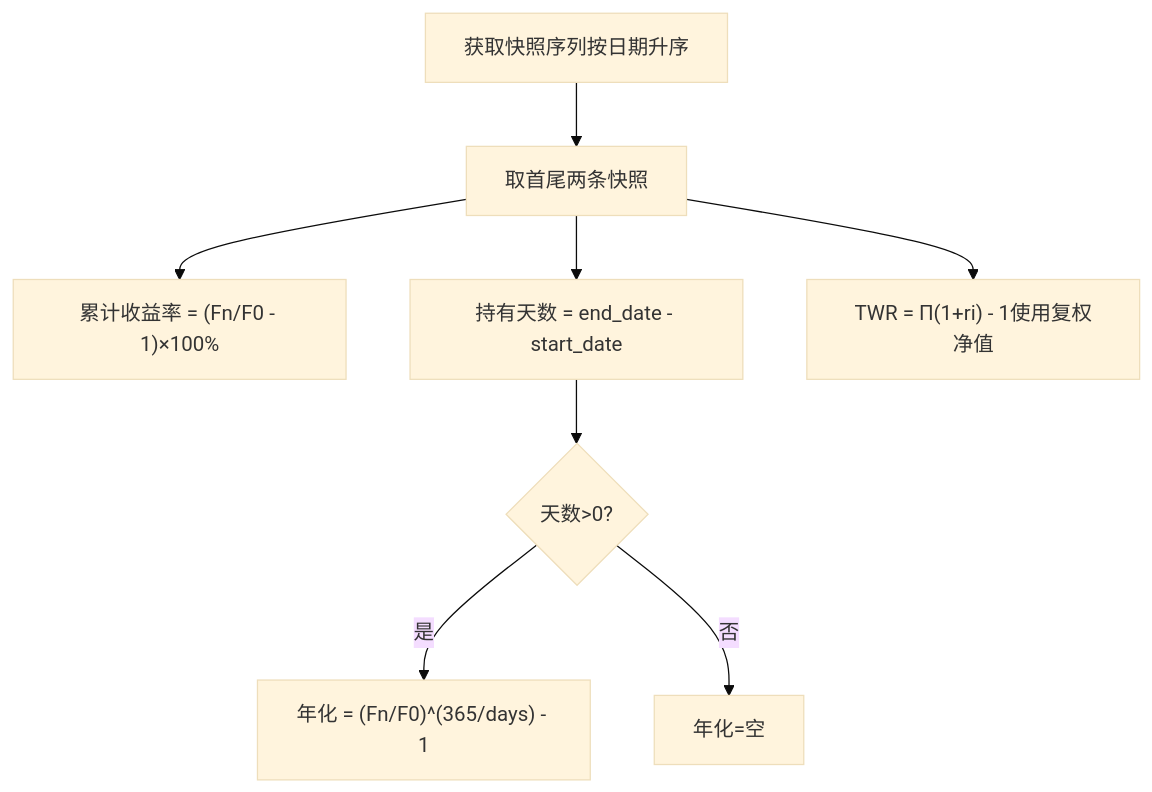
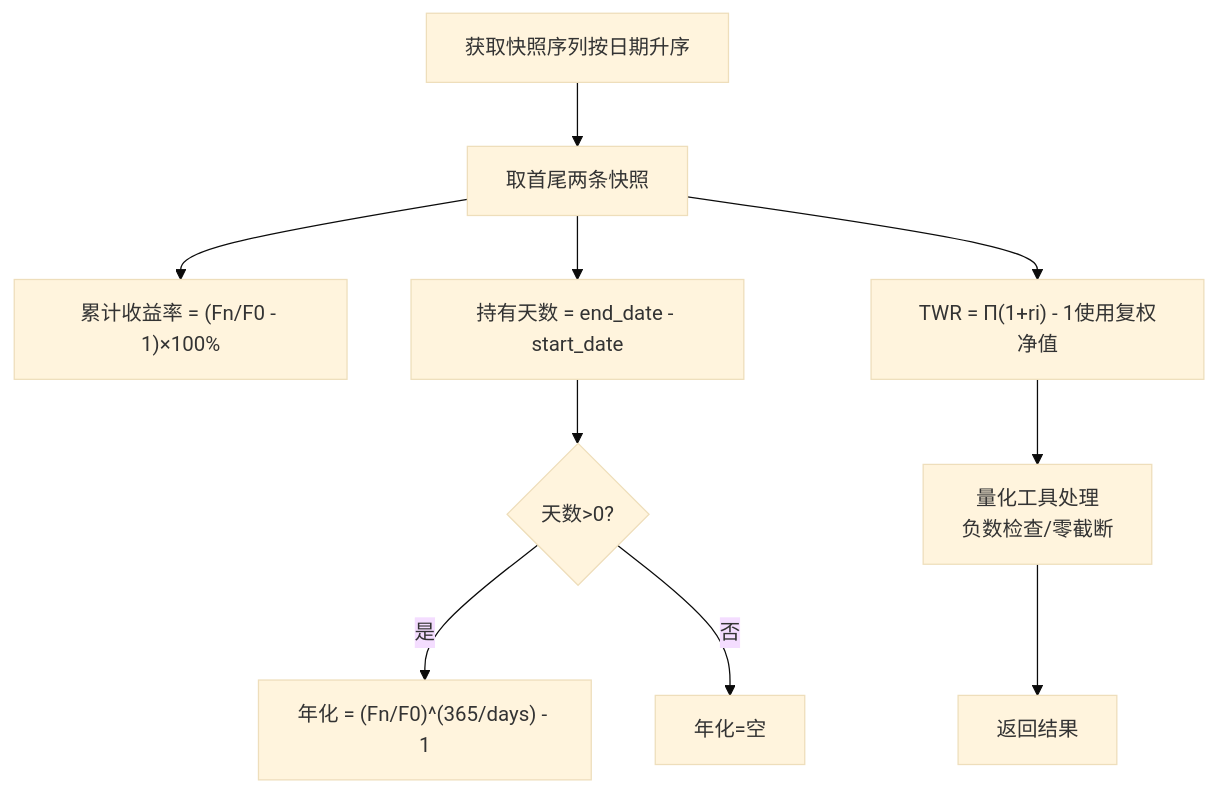
Before and after one commit to gujialind/InvestRing: the fourth of 9 diagrams in .qoder/repowiki/zh/content/数据库设计/核心计算公式.md, drawn with Mermaid (base theme). The commit also changed other lines of this file and 19 other files, not shown here.

````diff
--- a/.qoder/repowiki/zh/content/数据库设计/核心计算公式.md
+++ b/.qoder/repowiki/zh/content/数据库设计/核心计算公式.md
@@ -195,10 +225,12 @@
 ```mermaid
 flowchart TD
 A["获取快照序列按日期升序"] --> B["取首尾两条快照"]
 B --> C["累计收益率 = (Fn/F0 - 1)×100%"]
 B --> D["持有天数 = end_date - start_date"]
 D --> E{"天数>0?"}
 E --> |是| F["年化 = (Fn/F0)^(365/days) - 1"]
 E --> |否| G["年化=空"]
 B --> H["TWR = Π(1+ri) - 1使用复权净值"]
+H --> I["量化工具处理<br/>负数检查/零截断"]
+I --> J["返回结果"]
 ```
````
